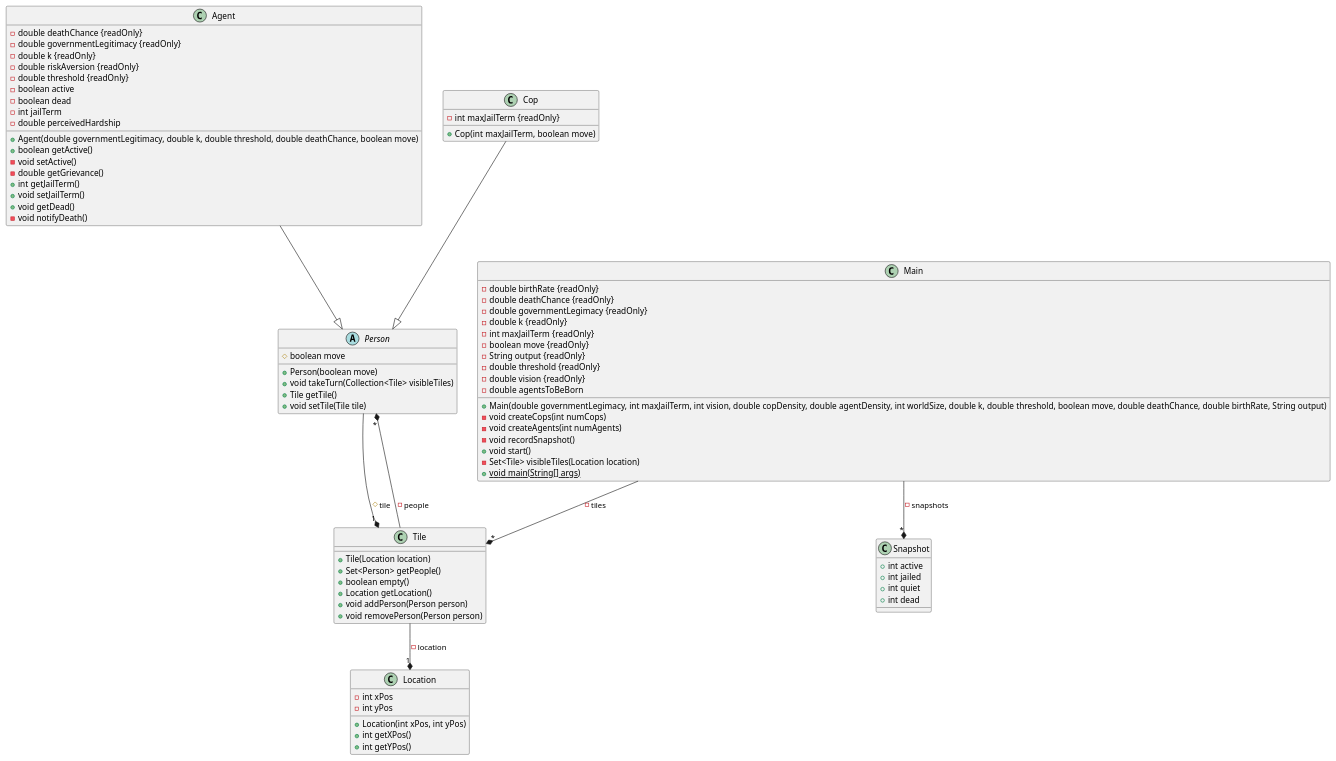
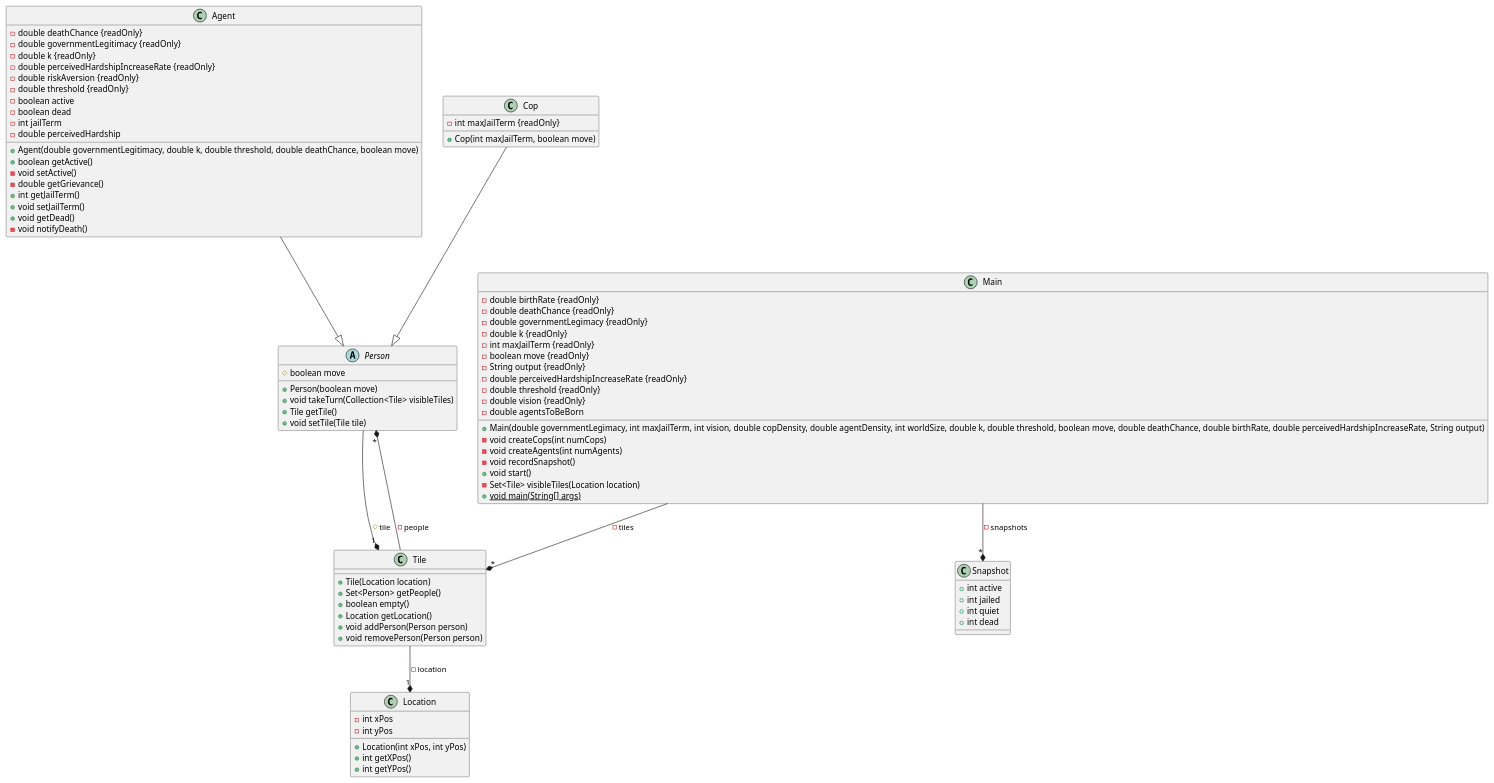
The diagram in docs/classes.puml (jofrancis1997/rebellion), drawn with PlantUML before and after one commit. The commit also changed 2 other files, not shown here.

Commit message:
feat: allow perceivedHardshipIncreaseRate to be specified

```diff
--- a/docs/classes.puml
+++ b/docs/classes.puml
@@ -1,89 +1,91 @@
 @startuml Rebellion
 
 class Agent {
     - double deathChance {readOnly}
     - double governmentLegitimacy {readOnly}
     - double k {readOnly}
+    - double perceivedHardshipIncreaseRate {readOnly}
     - double riskAversion {readOnly}
     - double threshold {readOnly}
     - boolean active
     - boolean dead
     - int jailTerm
     - double perceivedHardship
     + Agent(double governmentLegitimacy, double k, double threshold, double deathChance, boolean move)
     + boolean getActive()
     - void setActive()
     - double getGrievance()
     + int getJailTerm()
     + void setJailTerm()
     + void getDead()
     - void notifyDeath()
 }
 
 class Cop {
     - int maxJailTerm {readOnly}
     + Cop(int maxJailTerm, boolean move)
 }
 
 class Location {
     - int xPos
     - int yPos
     + Location(int xPos, int yPos)
     + int getXPos()
     + int getYPos()
 }
 
 class Main {
     - double birthRate {readOnly}
     - double deathChance {readOnly}
     - double governmentLegimacy {readOnly}
     - double k {readOnly}
     - int maxJailTerm {readOnly}
     - boolean move {readOnly}
     - String output {readOnly}
+    - double perceivedHardshipIncreaseRate {readOnly}
     - double threshold {readOnly}
     - double vision {readOnly}
     - double agentsToBeBorn
-    + Main(double governmentLegimacy, int maxJailTerm, int vision, double copDensity, double agentDensity, int worldSize, double k, double threshold, boolean move, double deathChance, double birthRate, String output)
+    + Main(double governmentLegimacy, int maxJailTerm, int vision, double copDensity, double agentDensity, int worldSize, double k, double threshold, boolean move, double deathChance, double birthRate, double perceivedHardshipIncreaseRate, String output)
     - void createCops(int numCops)
     - void createAgents(int numAgents)
     - void recordSnapshot()
     + void start()
     - Set<Tile> visibleTiles(Location location)
     + void main(String[] args) {static}
 }
 
 abstract class Person {
     # boolean move
     + Person(boolean move)
     + void takeTurn(Collection<Tile> visibleTiles)
     + Tile getTile()
     + void setTile(Tile tile)
 }
 
 class Snapshot {
     + int active
     + int jailed
     + int quiet
     + int dead
 }
 
 class Tile {
     + Tile(Location location)
     + Set<Person> getPeople()
     + boolean empty()
     + Location getLocation()
     + void addPerson(Person person)
     + void removePerson(Person person)
 }
 
 
 Main --* "*" Tile : - tiles
 Main --* "*" Snapshot : - snapshots
 Agent --|> Person
 Cop --|> Person
 Tile --* "*" Person : - people
 Person --* "1" Tile : # tile
 Tile --* "1" Location : - location
 
 @enduml
```
